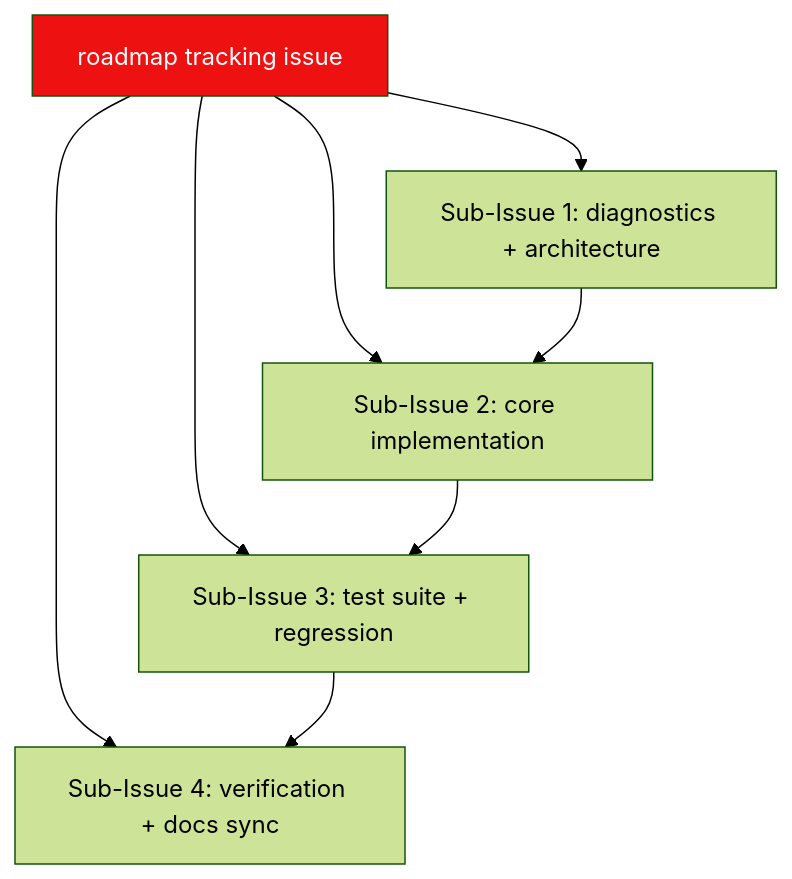
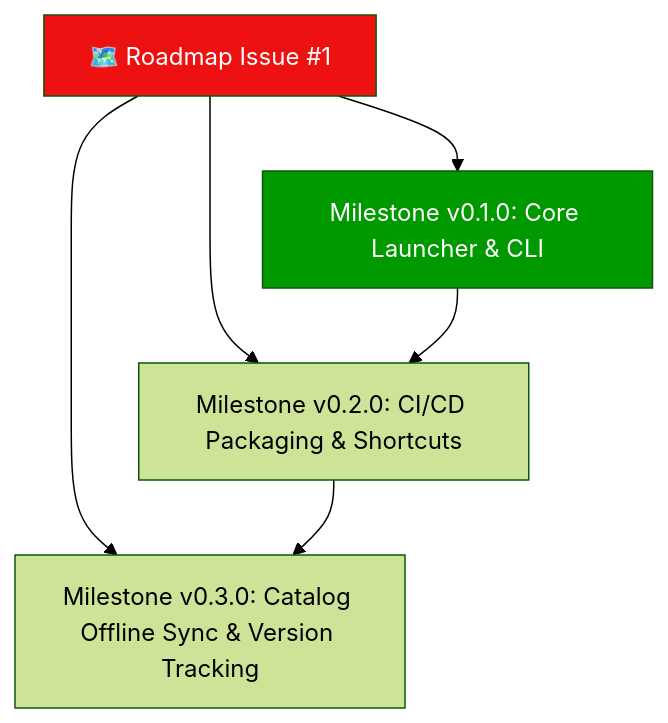
The diagram in ROADMAP.md (HELIX-Origin/LewdZone-Launcher), drawn with Mermaid (forest theme) before and after one commit. The commit also changed other lines of this file, not shown here.

Commit message:
📝 docs(roadmap): synchronize roadmap with v0.1.0 release and v0.2.0 milestones

````diff
--- a/ROADMAP.md
+++ b/ROADMAP.md
@@ -27,12 +28,11 @@
 ```mermaid
 flowchart TD
-    ROAD["roadmap tracking issue"]
-    ROAD --> P1["Sub-Issue 1: diagnostics + architecture"]
-    ROAD --> P2["Sub-Issue 2: core implementation"]
-    ROAD --> P3["Sub-Issue 3: test suite + regression"]
-    ROAD --> P4["Sub-Issue 4: verification + docs sync"]
-    P1 --> P2
-    P2 --> P3
-    P3 --> P4
+    ROAD["🗺️ Roadmap Issue #1"]
+    ROAD --> M1["Milestone v0.1.0: Core Launcher & CLI"]
+    ROAD --> M2["Milestone v0.2.0: CI/CD Packaging & Shortcuts"]
+    ROAD --> M3["Milestone v0.3.0: Catalog Offline Sync & Version Tracking"]
+    M1 --> M2
+    M2 --> M3
     style ROAD fill:#e11,color:#fff
+    style M1 fill:#090,color:#fff
 ```
````
